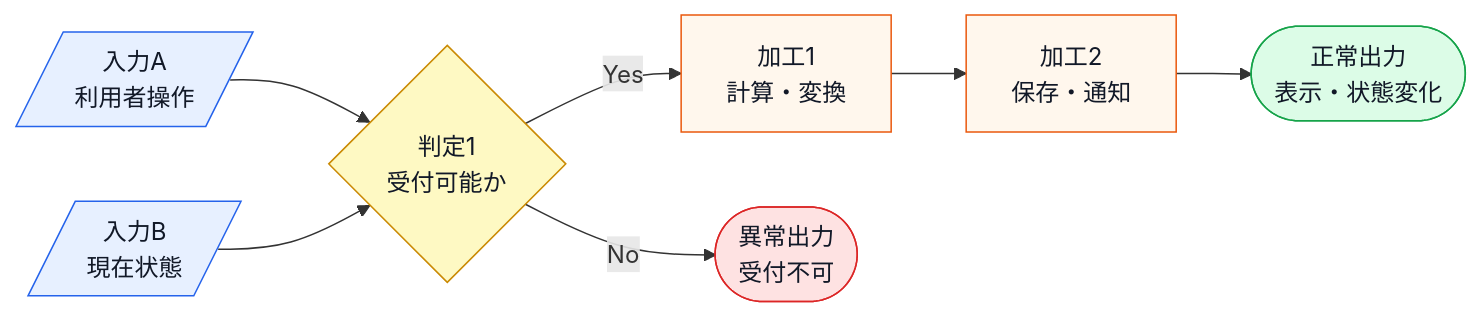
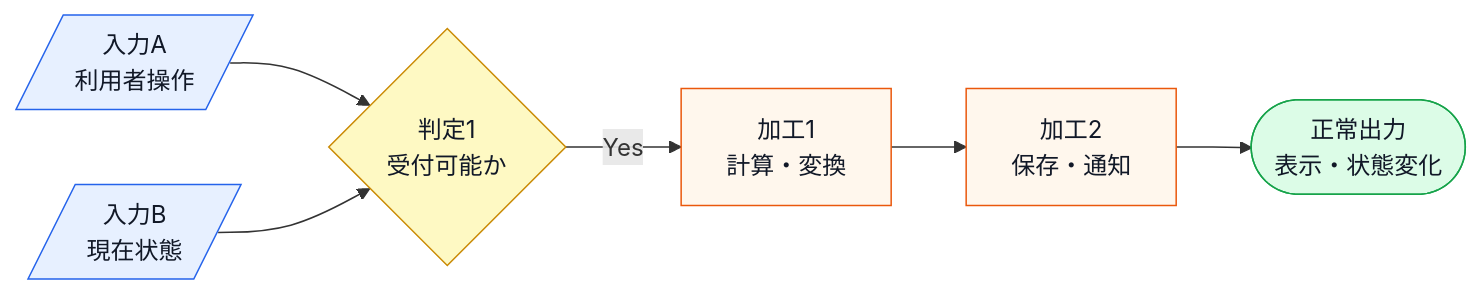
One commit to kumachan1101-pixel/DesignPattern changed the third of 3 diagrams in kindle/design-patterns/output/chapter00_2.md. Above: the diagram before and after it, drawn with Mermaid. The commit also changed other lines of this file and 6 other files, not shown here.

````diff
--- a/kindle/design-patterns/output/chapter00_2.md
+++ b/kindle/design-patterns/output/chapter00_2.md
@@ -265,15 +265,13 @@
 ```mermaid
 flowchart LR
     A[/入力A<br>利用者操作/]:::input --> B{判定1<br>受付可能か}:::decision
     C[/入力B<br>現在状態/]:::input --> B
     B -->|Yes| D[加工1<br>計算・変換]:::process
     D --> E[加工2<br>保存・通知]:::process
     E --> F([正常出力<br>表示・状態変化]):::normal
-    B -->|No| G([異常出力<br>受付不可]):::error
 
     classDef input fill:#e7f0ff,stroke:#2563eb,color:#111827;
     classDef process fill:#fff7ed,stroke:#ea580c,color:#111827;
     classDef decision fill:#fef9c3,stroke:#ca8a04,color:#111827;
     classDef normal fill:#dcfce7,stroke:#16a34a,color:#111827;
-    classDef error fill:#fee2e2,stroke:#dc2626,color:#111827;
 ```
````
